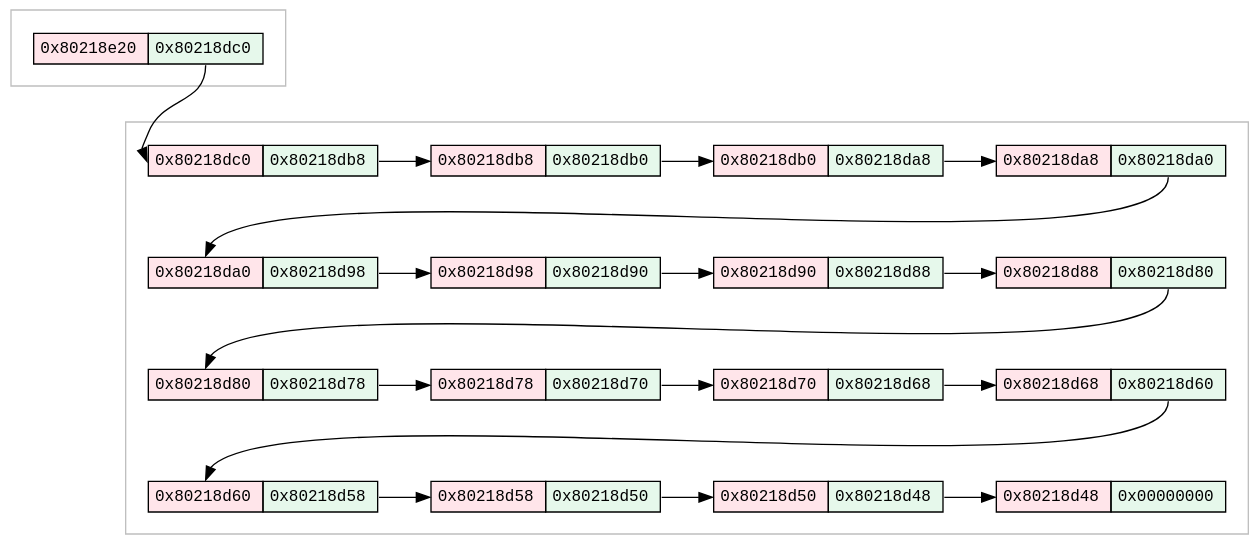
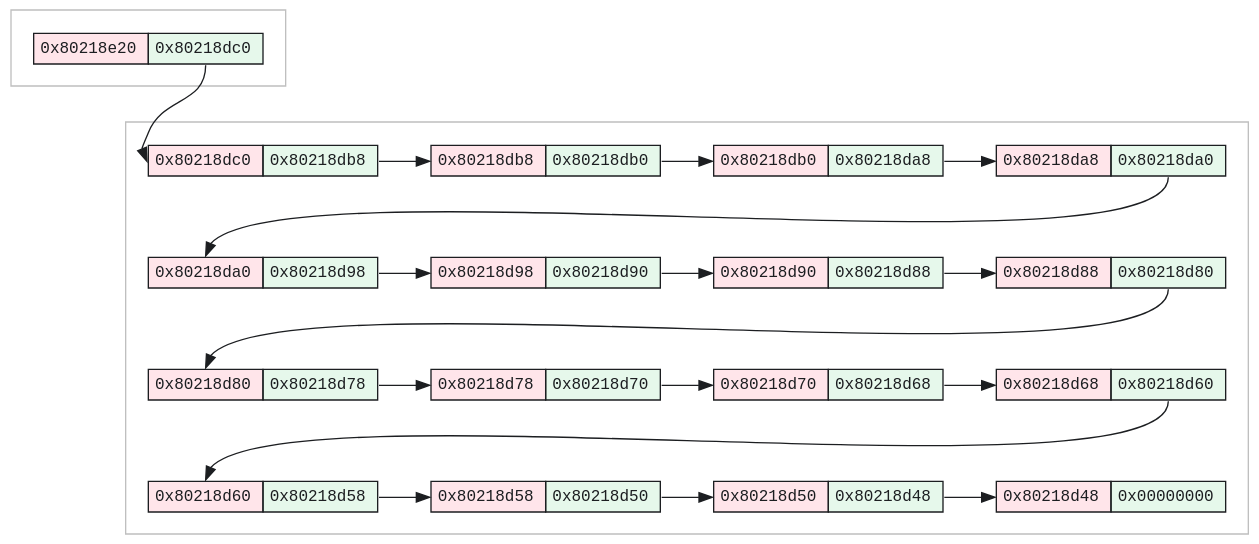
The diagram in scripts/memory/light/memory.dot (jiangshengdev/rcore), drawn with Graphviz before and after one commit. The commit also changed 9 other files, not shown here.

```diff
--- a/scripts/memory/light/memory.dot
+++ b/scripts/memory/light/memory.dot
@@ -4,16 +4,16 @@
     splines=spline;
     nodesep=0.3;
     ranksep=0.6;
-    node [shape=record, fontname="SF Mono,monospace", fontsize=12, margin=0.125];
-    edge [fontname="SF Mono,monospace", fontsize=12];
+    node [shape=record, fontname="SF Mono,monospace", fontsize=12, margin=0.125, fontcolor="#1c1e21"];
+    edge [fontname="SF Mono,monospace", fontsize=12, fontcolor="#1c1e21", color="#1c1e21"];
 
         subgraph cluster_g1_ {
             color="gray75";
         g1_node0 [shape=none, margin=0.125, label=<
-<TABLE BORDER="0" CELLBORDER="1" CELLSPACING="0" COLOR="#000000">
+<TABLE BORDER="0" CELLBORDER="1" CELLSPACING="0" COLOR="#1c1e21">
   <TR>
-    <TD BGCOLOR="#FF2D551F" PORT="addr" ALIGN="LEFT" CELLPADDING="4"><FONT COLOR="black">0x80218e20</FONT></TD>
-    <TD BGCOLOR="#34C7591F" PORT="next" ALIGN="LEFT" CELLPADDING="4"><FONT COLOR="black">0x80218dc0</FONT></TD>
+    <TD BGCOLOR="#FF2D551F" PORT="addr" ALIGN="LEFT" CELLPADDING="4"><FONT COLOR="#1c1e21">0x80218e20</FONT></TD>
+    <TD BGCOLOR="#34C7591F" PORT="next" ALIGN="LEFT" CELLPADDING="4"><FONT COLOR="#1c1e21">0x80218dc0</FONT></TD>
   </TR>
 </TABLE>
 >];
@@ -27,130 +27,130 @@
         subgraph cluster_g2_ {
             color="gray75";
         g2_node0 [shape=none, margin=0.125, label=<
-<TABLE BORDER="0" CELLBORDER="1" CELLSPACING="0" COLOR="#000000">
+<TABLE BORDER="0" CELLBORDER="1" CELLSPACING="0" COLOR="#1c1e21">
   <TR>
-    <TD BGCOLOR="#FF2D551F" PORT="addr" ALIGN="LEFT" CELLPADDING="4"><FONT COLOR="black">0x80218d48</FONT></TD>
-    <TD BGCOLOR="#34C7591F" PORT="next" ALIGN="LEFT" CELLPADDING="4"><FONT COLOR="black">0x00000000</FONT></TD>
+    <TD BGCOLOR="#FF2D551F" PORT="addr" ALIGN="LEFT" CELLPADDING="4"><FONT COLOR="#1c1e21">0x80218d48</FONT></TD>
+    <TD BGCOLOR="#34C7591F" PORT="next" ALIGN="LEFT" CELLPADDING="4"><FONT COLOR="#1c1e21">0x00000000</FONT></TD>
   </TR>
 </TABLE>
 >];
         g2_node1 [shape=none, margin=0.125, label=<
-<TABLE BORDER="0" CELLBORDER="1" CELLSPACING="0" COLOR="#000000">
+<TABLE BORDER="0" CELLBORDER="1" CELLSPACING="0" COLOR="#1c1e21">
   <TR>
-    <TD BGCOLOR="#FF2D551F" PORT="addr" ALIGN="LEFT" CELLPADDING="4"><FONT COLOR="black">0x80218d50</FONT></TD>
-    <TD BGCOLOR="#34C7591F" PORT="val" ALIGN="LEFT" CELLPADDING="4"><FONT COLOR="black">0x80218d48</FONT></TD>
+    <TD BGCOLOR="#FF2D551F" PORT="addr" ALIGN="LEFT" CELLPADDING="4"><FONT COLOR="#1c1e21">0x80218d50</FONT></TD>
+    <TD BGCOLOR="#34C7591F" PORT="val" ALIGN="LEFT" CELLPADDING="4"><FONT COLOR="#1c1e21">0x80218d48</FONT></TD>
   </TR>
 </TABLE>
 >];
         g2_node2 [shape=none, margin=0.125, label=<
-<TABLE BORDER="0" CELLBORDER="1" CELLSPACING="0" COLOR="#000000">
+<TABLE BORDER="0" CELLBORDER="1" CELLSPACING="0" COLOR="#1c1e21">
   <TR>
-    <TD BGCOLOR="#FF2D551F" PORT="addr" ALIGN="LEFT" CELLPADDING="4"><FONT COLOR="black">0x80218d58</FONT></TD>
-    <TD BGCOLOR="#34C7591F" PORT="val" ALIGN="LEFT" CELLPADDING="4"><FONT COLOR="black">0x80218d50</FONT></TD>
+    <TD BGCOLOR="#FF2D551F" PORT="addr" ALIGN="LEFT" CELLPADDING="4"><FONT COLOR="#1c1e21">0x80218d58</FONT></TD>
+    <TD BGCOLOR="#34C7591F" PORT="val" ALIGN="LEFT" CELLPADDING="4"><FONT COLOR="#1c1e21">0x80218d50</FONT></TD>
   </TR>
 </TABLE>
 >];
         g2_node3 [shape=none, margin=0.125, label=<
-<TABLE BORDER="0" CELLBORDER="1" CELLSPACING="0" COLOR="#000000">
+<TABLE BORDER="0" CELLBORDER="1" CELLSPACING="0" COLOR="#1c1e21">
   <TR>
-    <TD BGCOLOR="#FF2D551F" PORT="addr" ALIGN="LEFT" CELLPADDING="4"><FONT COLOR="black">0x80218d60</FONT></TD>
-    <TD BGCOLOR="#34C7591F" PORT="val" ALIGN="LEFT" CELLPADDING="4"><FONT COLOR="black">0x80218d58</FONT></TD>
+    <TD BGCOLOR="#FF2D551F" PORT="addr" ALIGN="LEFT" CELLPADDING="4"><FONT COLOR="#1c1e21">0x80218d60</FONT></TD>
+    <TD BGCOLOR="#34C7591F" PORT="val" ALIGN="LEFT" CELLPADDING="4"><FONT COLOR="#1c1e21">0x80218d58</FONT></TD>
   </TR>
 </TABLE>
 >];
         g2_node4 [shape=none, margin=0.125, label=<
-<TABLE BORDER="0" CELLBORDER="1" CELLSPACING="0" COLOR="#000000">
+<TABLE BORDER="0" CELLBORDER="1" CELLSPACING="0" COLOR="#1c1e21">
   <TR>
-    <TD BGCOLOR="#FF2D551F" PORT="addr" ALIGN="LEFT" CELLPADDING="4"><FONT COLOR="black">0x80218d68</FONT></TD>
-    <TD BGCOLOR="#34C7591F" PORT="val" ALIGN="LEFT" CELLPADDING="4"><FONT COLOR="black">0x80218d60</FONT></TD>
+    <TD BGCOLOR="#FF2D551F" PORT="addr" ALIGN="LEFT" CELLPADDING="4"><FONT COLOR="#1c1e21">0x80218d68</FONT></TD>
+    <TD BGCOLOR="#34C7591F" PORT="val" ALIGN="LEFT" CELLPADDING="4"><FONT COLOR="#1c1e21">0x80218d60</FONT></TD>
   </TR>
 </TABLE>
 >];
         g2_node5 [shape=none, margin=0.125, label=<
-<TABLE BORDER="0" CELLBORDER="1" CELLSPACING="0" COLOR="#000000">
+<TABLE BORDER="0" CELLBORDER="1" CELLSPACING="0" COLOR="#1c1e21">
   <TR>
-    <TD BGCOLOR="#FF2D551F" PORT="addr" ALIGN="LEFT" CELLPADDING="4"><FONT COLOR="black">0x80218d70</FONT></TD>
-    <TD BGCOLOR="#34C7591F" PORT="val" ALIGN="LEFT" CELLPADDING="4"><FONT COLOR="black">0x80218d68</FONT></TD>
+    <TD BGCOLOR="#FF2D551F" PORT="addr" ALIGN="LEFT" CELLPADDING="4"><FONT COLOR="#1c1e21">0x80218d70</FONT></TD>
+    <TD BGCOLOR="#34C7591F" PORT="val" ALIGN="LEFT" CELLPADDING="4"><FONT COLOR="#1c1e21">0x80218d68</FONT></TD>
   </TR>
 </TABLE>
 >];
         g2_node6 [shape=none, margin=0.125, label=<
-<TABLE BORDER="0" CELLBORDER="1" CELLSPACING="0" COLOR="#000000">
+<TABLE BORDER="0" CELLBORDER="1" CELLSPACING="0" COLOR="#1c1e21">
   <TR>
-    <TD BGCOLOR="#FF2D551F" PORT="addr" ALIGN="LEFT" CELLPADDING="4"><FONT COLOR="black">0x80218d78</FONT></TD>
-    <TD BGCOLOR="#34C7591F" PORT="val" ALIGN="LEFT" CELLPADDING="4"><FONT COLOR="black">0x80218d70</FONT></TD>
+    <TD BGCOLOR="#FF2D551F" PORT="addr" ALIGN="LEFT" CELLPADDING="4"><FONT COLOR="#1c1e21">0x80218d78</FONT></TD>
+    <TD BGCOLOR="#34C7591F" PORT="val" ALIGN="LEFT" CELLPADDING="4"><FONT COLOR="#1c1e21">0x80218d70</FONT></TD>
   </TR>
 </TABLE>
 >];
         g2_node7 [shape=none, margin=0.125, label=<
-<TABLE BORDER="0" CELLBORDER="1" CELLSPACING="0" COLOR="#000000">
+<TABLE BORDER="0" CELLBORDER="1" CELLSPACING="0" COLOR="#1c1e21">
   <TR>
-    <TD BGCOLOR="#FF2D551F" PORT="addr" ALIGN="LEFT" CELLPADDING="4"><FONT COLOR="black">0x80218d80</FONT></TD>
-    <TD BGCOLOR="#34C7591F" PORT="val" ALIGN="LEFT" CELLPADDING="4"><FONT COLOR="black">0x80218d78</FONT></TD>
+    <TD BGCOLOR="#FF2D551F" PORT="addr" ALIGN="LEFT" CELLPADDING="4"><FONT COLOR="#1c1e21">0x80218d80</FONT></TD>
+    <TD BGCOLOR="#34C7591F" PORT="val" ALIGN="LEFT" CELLPADDING="4"><FONT COLOR="#1c1e21">0x80218d78</FONT></TD>
   </TR>
 </TABLE>
 >];
         g2_node8 [shape=none, margin=0.125, label=<
-<TABLE BORDER="0" CELLBORDER="1" CELLSPACING="0" COLOR="#000000">
+<TABLE BORDER="0" CELLBORDER="1" CELLSPACING="0" COLOR="#1c1e21">
   <TR>
-    <TD BGCOLOR="#FF2D551F" PORT="addr" ALIGN="LEFT" CELLPADDING="4"><FONT COLOR="black">0x80218d88</FONT></TD>
-    <TD BGCOLOR="#34C7591F" PORT="val" ALIGN="LEFT" CELLPADDING="4"><FONT COLOR="black">0x80218d80</FONT></TD>
+    <TD BGCOLOR="#FF2D551F" PORT="addr" ALIGN="LEFT" CELLPADDING="4"><FONT COLOR="#1c1e21">0x80218d88</FONT></TD>
+    <TD BGCOLOR="#34C7591F" PORT="val" ALIGN="LEFT" CELLPADDING="4"><FONT COLOR="#1c1e21">0x80218d80</FONT></TD>
   </TR>
 </TABLE>
 >];
         g2_node9 [shape=none, margin=0.125, label=<
-<TABLE BORDER="0" CELLBORDER="1" CELLSPACING="0" COLOR="#000000">
+<TABLE BORDER="0" CELLBORDER="1" CELLSPACING="0" COLOR="#1c1e21">
   <TR>
-    <TD BGCOLOR="#FF2D551F" PORT="addr" ALIGN="LEFT" CELLPADDING="4"><FONT COLOR="black">0x80218d90</FONT></TD>
-    <TD BGCOLOR="#34C7591F" PORT="val" ALIGN="LEFT" CELLPADDING="4"><FONT COLOR="black">0x80218d88</FONT></TD>
+    <TD BGCOLOR="#FF2D551F" PORT="addr" ALIGN="LEFT" CELLPADDING="4"><FONT COLOR="#1c1e21">0x80218d90</FONT></TD>
+    <TD BGCOLOR="#34C7591F" PORT="val" ALIGN="LEFT" CELLPADDING="4"><FONT COLOR="#1c1e21">0x80218d88</FONT></TD>
   </TR>
 </TABLE>
 >];
         g2_node10 [shape=none, margin=0.125, label=<
-<TABLE BORDER="0" CELLBORDER="1" CELLSPACING="0" COLOR="#000000">
+<TABLE BORDER="0" CELLBORDER="1" CELLSPACING="0" COLOR="#1c1e21">
   <TR>
-    <TD BGCOLOR="#FF2D551F" PORT="addr" ALIGN="LEFT" CELLPADDING="4"><FONT COLOR="black">0x80218d98</FONT></TD>
-    <TD BGCOLOR="#34C7591F" PORT="val" ALIGN="LEFT" CELLPADDING="4"><FONT COLOR="black">0x80218d90</FONT></TD>
+    <TD BGCOLOR="#FF2D551F" PORT="addr" ALIGN="LEFT" CELLPADDING="4"><FONT COLOR="#1c1e21">0x80218d98</FONT></TD>
+    <TD BGCOLOR="#34C7591F" PORT="val" ALIGN="LEFT" CELLPADDING="4"><FONT COLOR="#1c1e21">0x80218d90</FONT></TD>
   </TR>
 </TABLE>
 >];
         g2_node11 [shape=none, margin=0.125, label=<
-<TABLE BORDER="0" CELLBORDER="1" CELLSPACING="0" COLOR="#000000">
+<TABLE BORDER="0" CELLBORDER="1" CELLSPACING="0" COLOR="#1c1e21">
   <TR>
-    <TD BGCOLOR="#FF2D551F" PORT="addr" ALIGN="LEFT" CELLPADDING="4"><FONT COLOR="black">0x80218da0</FONT></TD>
-    <TD BGCOLOR="#34C7591F" PORT="val" ALIGN="LEFT" CELLPADDING="4"><FONT COLOR="black">0x80218d98</FONT></TD>
+    <TD BGCOLOR="#FF2D551F" PORT="addr" ALIGN="LEFT" CELLPADDING="4"><FONT COLOR="#1c1e21">0x80218da0</FONT></TD>
+    <TD BGCOLOR="#34C7591F" PORT="val" ALIGN="LEFT" CELLPADDING="4"><FONT COLOR="#1c1e21">0x80218d98</FONT></TD>
   </TR>
 </TABLE>
 >];
         g2_node12 [shape=none, margin=0.125, label=<
-<TABLE BORDER="0" CELLBORDER="1" CELLSPACING="0" COLOR="#000000">
+<TABLE BORDER="0" CELLBORDER="1" CELLSPACING="0" COLOR="#1c1e21">
   <TR>
-    <TD BGCOLOR="#FF2D551F" PORT="addr" ALIGN="LEFT" CELLPADDING="4"><FONT COLOR="black">0x80218da8</FONT></TD>
-    <TD BGCOLOR="#34C7591F" PORT="val" ALIGN="LEFT" CELLPADDING="4"><FONT COLOR="black">0x80218da0</FONT></TD>
+    <TD BGCOLOR="#FF2D551F" PORT="addr" ALIGN="LEFT" CELLPADDING="4"><FONT COLOR="#1c1e21">0x80218da8</FONT></TD>
+    <TD BGCOLOR="#34C7591F" PORT="val" ALIGN="LEFT" CELLPADDING="4"><FONT COLOR="#1c1e21">0x80218da0</FONT></TD>
   </TR>
 </TABLE>
 >];
         g2_node13 [shape=none, margin=0.125, label=<
-<TABLE BORDER="0" CELLBORDER="1" CELLSPACING="0" COLOR="#000000">
+<TABLE BORDER="0" CELLBORDER="1" CELLSPACING="0" COLOR="#1c1e21">
   <TR>
-    <TD BGCOLOR="#FF2D551F" PORT="addr" ALIGN="LEFT" CELLPADDING="4"><FONT COLOR="black">0x80218db0</FONT></TD>
-    <TD BGCOLOR="#34C7591F" PORT="val" ALIGN="LEFT" CELLPADDING="4"><FONT COLOR="black">0x80218da8</FONT></TD>
+    <TD BGCOLOR="#FF2D551F" PORT="addr" ALIGN="LEFT" CELLPADDING="4"><FONT COLOR="#1c1e21">0x80218db0</FONT></TD>
+    <TD BGCOLOR="#34C7591F" PORT="val" ALIGN="LEFT" CELLPADDING="4"><FONT COLOR="#1c1e21">0x80218da8</FONT></TD>
   </TR>
 </TABLE>
 >];
         g2_node14 [shape=none, margin=0.125, label=<
-<TABLE BORDER="0" CELLBORDER="1" CELLSPACING="0" COLOR="#000000">
+<TABLE BORDER="0" CELLBORDER="1" CELLSPACING="0" COLOR="#1c1e21">
   <TR>
-    <TD BGCOLOR="#FF2D551F" PORT="addr" ALIGN="LEFT" CELLPADDING="4"><FONT COLOR="black">0x80218db8</FONT></TD>
-    <TD BGCOLOR="#34C7591F" PORT="val" ALIGN="LEFT" CELLPADDING="4"><FONT COLOR="black">0x80218db0</FONT></TD>
+    <TD BGCOLOR="#FF2D551F" PORT="addr" ALIGN="LEFT" CELLPADDING="4"><FONT COLOR="#1c1e21">0x80218db8</FONT></TD>
+    <TD BGCOLOR="#34C7591F" PORT="val" ALIGN="LEFT" CELLPADDING="4"><FONT COLOR="#1c1e21">0x80218db0</FONT></TD>
   </TR>
 </TABLE>
 >];
         g2_node15 [shape=none, margin=0.125, label=<
-<TABLE BORDER="0" CELLBORDER="1" CELLSPACING="0" COLOR="#000000">
+<TABLE BORDER="0" CELLBORDER="1" CELLSPACING="0" COLOR="#1c1e21">
   <TR>
-    <TD BGCOLOR="#FF2D551F" PORT="addr" ALIGN="LEFT" CELLPADDING="4"><FONT COLOR="black">0x80218dc0</FONT></TD>
-    <TD BGCOLOR="#34C7591F" PORT="val" ALIGN="LEFT" CELLPADDING="4"><FONT COLOR="black">0x80218db8</FONT></TD>
+    <TD BGCOLOR="#FF2D551F" PORT="addr" ALIGN="LEFT" CELLPADDING="4"><FONT COLOR="#1c1e21">0x80218dc0</FONT></TD>
+    <TD BGCOLOR="#34C7591F" PORT="val" ALIGN="LEFT" CELLPADDING="4"><FONT COLOR="#1c1e21">0x80218db8</FONT></TD>
   </TR>
 </TABLE>
 >];
```
